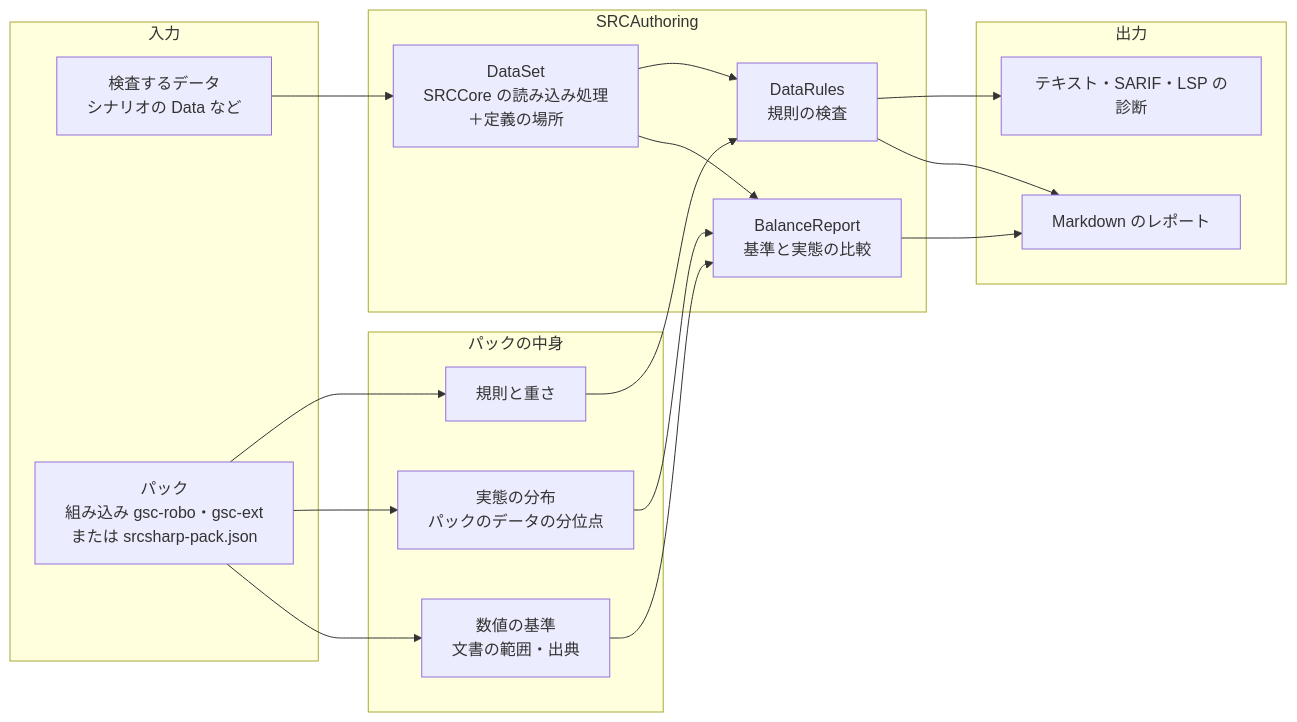
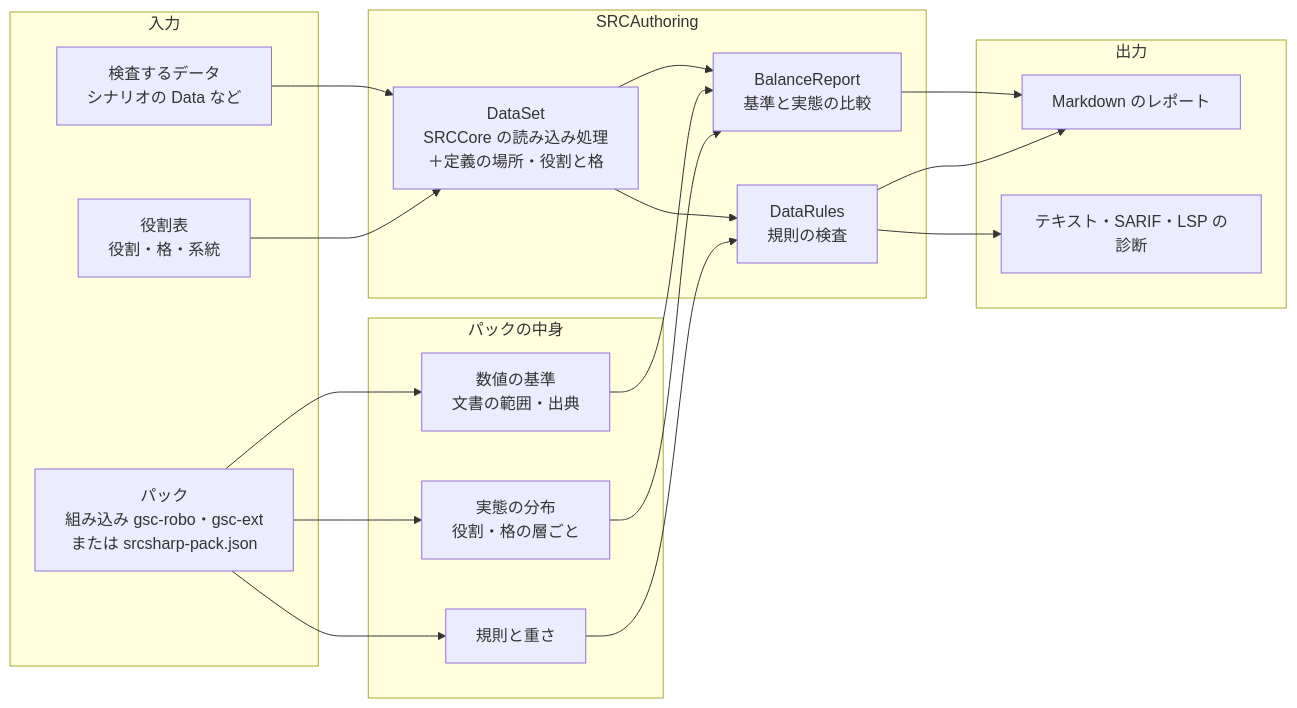
One commit to 7474/SRC changed the diagram in docs/tools/balance-pack.md. Above: the diagram before and after it, drawn with Mermaid. The commit also changed other lines of this file, not shown here.

````diff
--- a/docs/tools/balance-pack.md
+++ b/docs/tools/balance-pack.md
@@ -78,27 +114,29 @@
 ```mermaid
 flowchart LR
   subgraph Input[入力]
     Target[検査するデータ<br/>シナリオの Data など]
     Pack[パック<br/>組み込み gsc-robo・gsc-ext<br/>または srcsharp-pack.json]
+    Roles[役割表<br/>役割・格・系統]
   end
   subgraph PackParts[パックの中身]
     Basis[数値の基準<br/>文書の範囲・出典]
-    Dist[実態の分布<br/>パックのデータの分位点]
+    Dist[実態の分布<br/>役割・格の層ごと]
     Rules[規則と重さ]
   end
   subgraph Authoring[SRCAuthoring]
-    Loader[DataSet<br/>SRCCore の読み込み処理<br/>＋定義の場所]
+    Loader[DataSet<br/>SRCCore の読み込み処理<br/>＋定義の場所・役割と格]
     Compare[BalanceReport<br/>基準と実態の比較]
     Check[DataRules<br/>規則の検査]
   end
   subgraph Output[出力]
     MD[Markdown のレポート]
     Diag[テキスト・SARIF・LSP の診断]
   end
   Pack --> Basis & Dist & Rules
   Target --> Loader
+  Roles --> Loader
   Loader --> Compare
   Basis & Dist --> Compare --> MD
   Loader --> Check
   Rules --> Check --> MD & Diag
 ```
````
